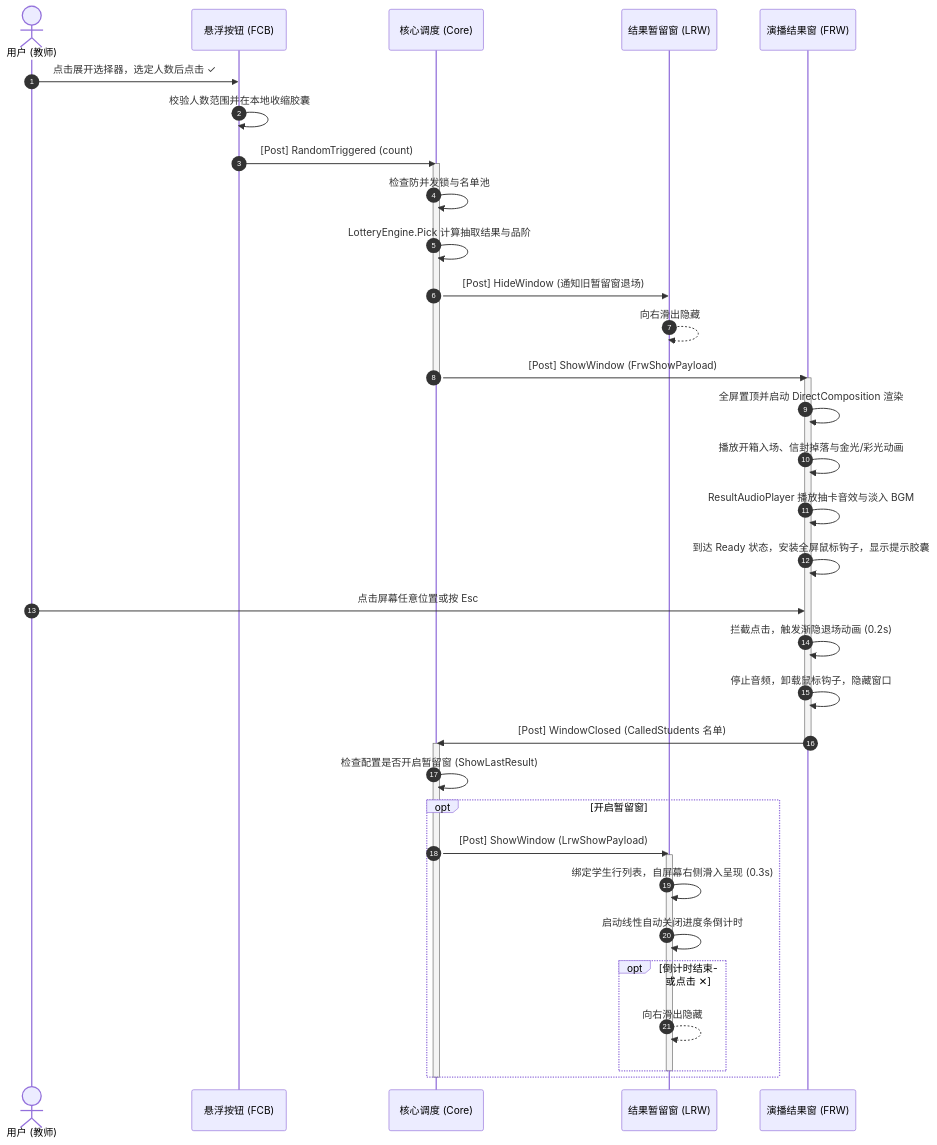
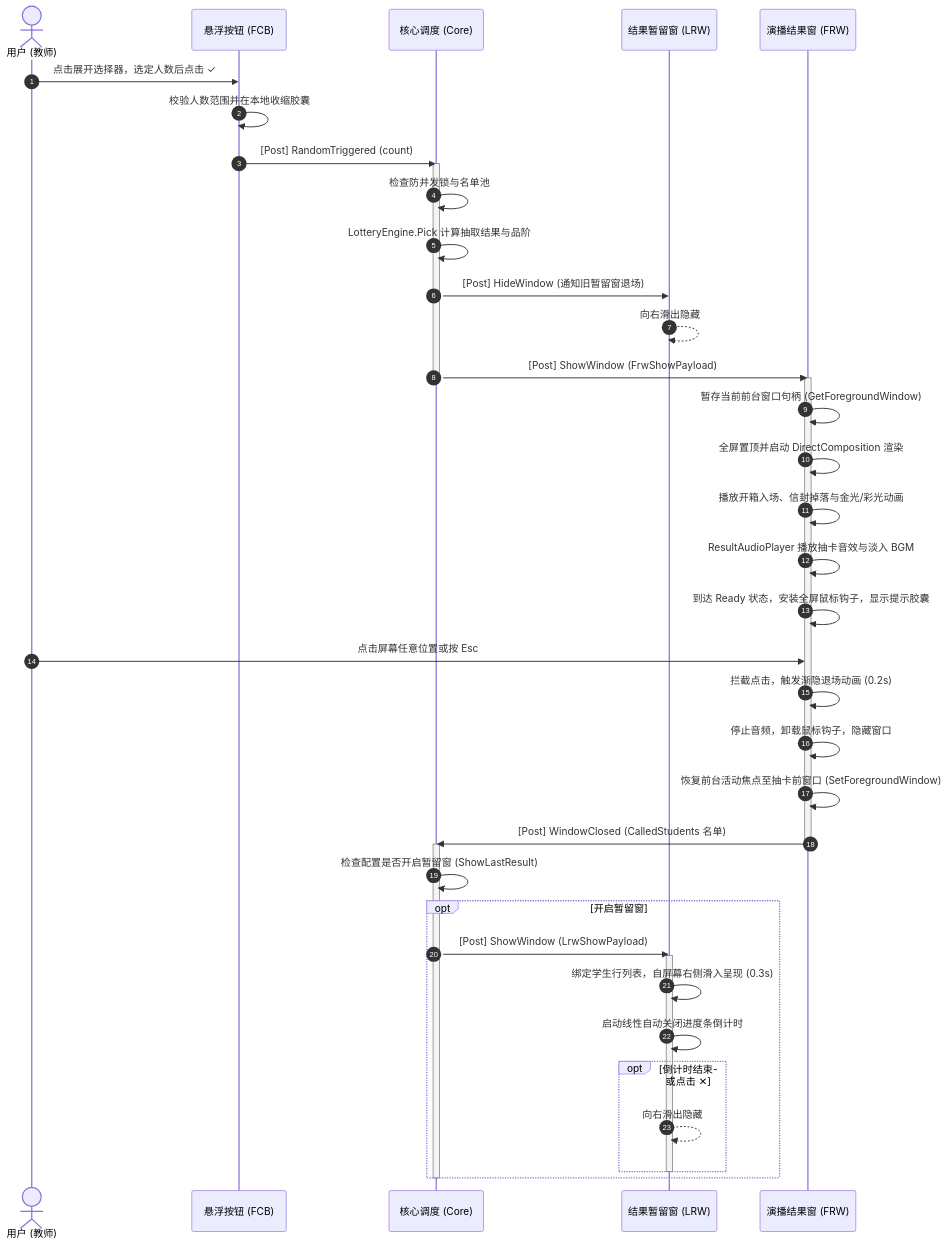
One commit to Yun-Hydrogen/blue-random changed the second of 5 diagrams in agents/Architecture.md. Above: the diagram before and after it, drawn with Mermaid. The commit also changed other lines of this file and 8 other files, not shown here.

````diff
--- a/agents/Architecture.md
+++ b/agents/Architecture.md
@@ -126,46 +126,48 @@
 ```mermaid
 sequenceDiagram
     autonumber
     actor User as 用户 (教师)
     participant FCB as 悬浮按钮 (FCB)
     participant Core as 核心调度 (Core)
     participant LRW as 结果暂留窗 (LRW)
     participant FRW as 演播结果窗 (FRW)
 
     User->>FCB: 点击展开选择器，选定人数后点击 ✓
     FCB->>FCB: 校验人数范围并在本地收缩胶囊
     FCB->>Core: [Post] RandomTriggered (count)
     activate Core
     Core->>Core: 检查防并发锁与名单池
     Core->>Core: LotteryEngine.Pick 计算抽取结果与品阶
     Core->>LRW: [Post] HideWindow (通知旧暂留窗退场)
     LRW-->>LRW: 向右滑出隐藏
     Core->>FRW: [Post] ShowWindow (FrwShowPayload)
     deactivate Core
 
     activate FRW
+    FRW->>FRW: 暂存当前前台窗口句柄 (GetForegroundWindow)
     FRW->>FRW: 全屏置顶并启动 DirectComposition 渲染
     FRW->>FRW: 播放开箱入场、信封掉落与金光/彩光动画
     FRW->>FRW: ResultAudioPlayer 播放抽卡音效与淡入 BGM
     FRW->>FRW: 到达 Ready 状态，安装全屏鼠标钩子，显示提示胶囊
 
     User->>FRW: 点击屏幕任意位置或按 Esc
     FRW->>FRW: 拦截点击，触发渐隐退场动画 (0.2s)
     FRW->>FRW: 停止音频，卸载鼠标钩子，隐藏窗口
+    FRW->>FRW: 恢复前台活动焦点至抽卡前窗口 (SetForegroundWindow)
     FRW->>Core: [Post] WindowClosed (CalledStudents 名单)
     deactivate FRW
 
     activate Core
     Core->>Core: 检查配置是否开启暂留窗 (ShowLastResult)
     opt 开启暂留窗
         Core->>LRW: [Post] ShowWindow (LrwShowPayload)
         activate LRW
         LRW->>LRW: 绑定学生行列表，自屏幕右侧滑入呈现 (0.3s)
         LRW->>LRW: 启动线性自动关闭进度条倒计时
         opt 倒计时结束或点击 ✕
             LRW-->>LRW: 向右滑出隐藏
         end
         deactivate LRW
     end
     deactivate Core
 ```
````
